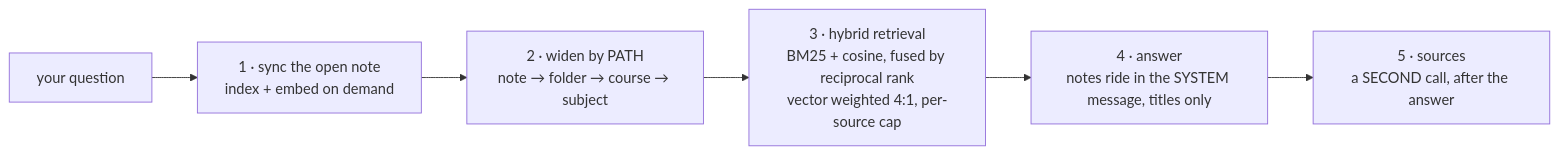
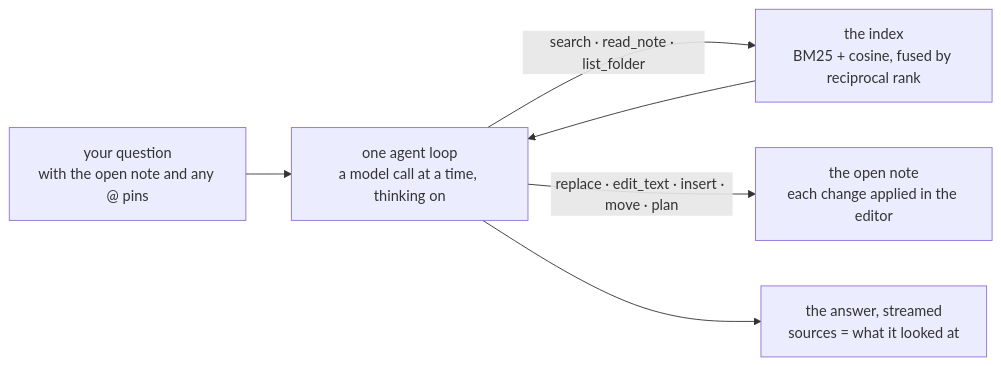
Before and after one commit to TimurAkhtemov/slim-obsidian: the fourth of 4 diagrams in README.md, drawn with Mermaid. The commit also changed other lines of this file and 2 other files, not shown here.

First line of the commit message:
docs: Talk is one vault-wide loop; the privacy gates and the gate path are gone

````diff
--- a/README.md
+++ b/README.md
@@ -164,8 +164,8 @@
 ```mermaid
 flowchart LR
-    Q["your question"] --> N["1 · sync the open note<br/>index + embed on demand"]
-    N --> W["2 · widen by PATH<br/>note → folder → course → subject"]
-    W --> H["3 · hybrid retrieval<br/>BM25 + cosine, fused by reciprocal rank<br/>vector weighted 4:1, per-source cap"]
-    H --> G["4 · answer<br/>notes ride in the SYSTEM message, titles only"]
-    G --> C["5 · sources<br/>a SECOND call, after the answer"]
+    Q["your question<br/>with the open note and any @ pins"] --> L["one agent loop<br/>a model call at a time, thinking on"]
+    L -- "search · read_note · list_folder" --> I["the index<br/>BM25 + cosine, fused by reciprocal rank"]
+    I --> L
+    L -- "replace · edit_text · insert · move · plan" --> E["the open note<br/>each change applied in the editor"]
+    L --> A["the answer, streamed<br/>sources = what it looked at"]
 ```
````
